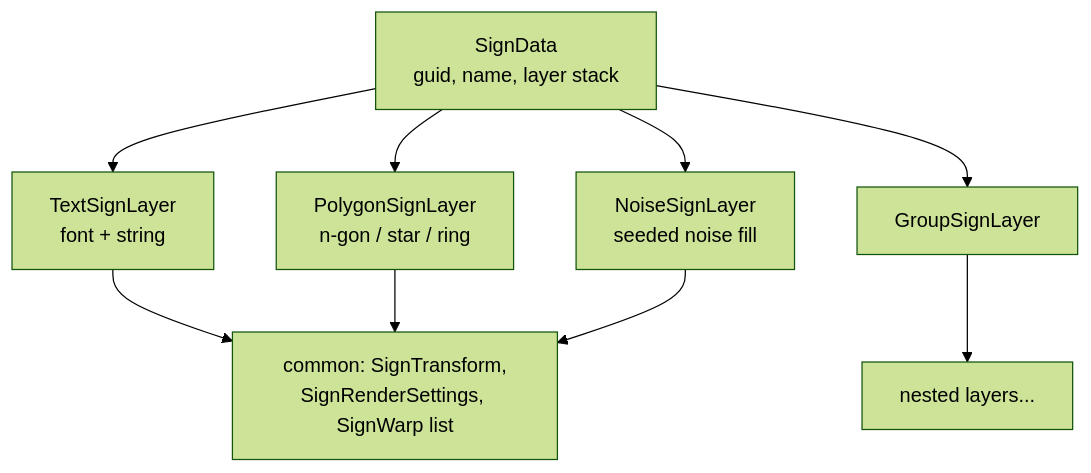
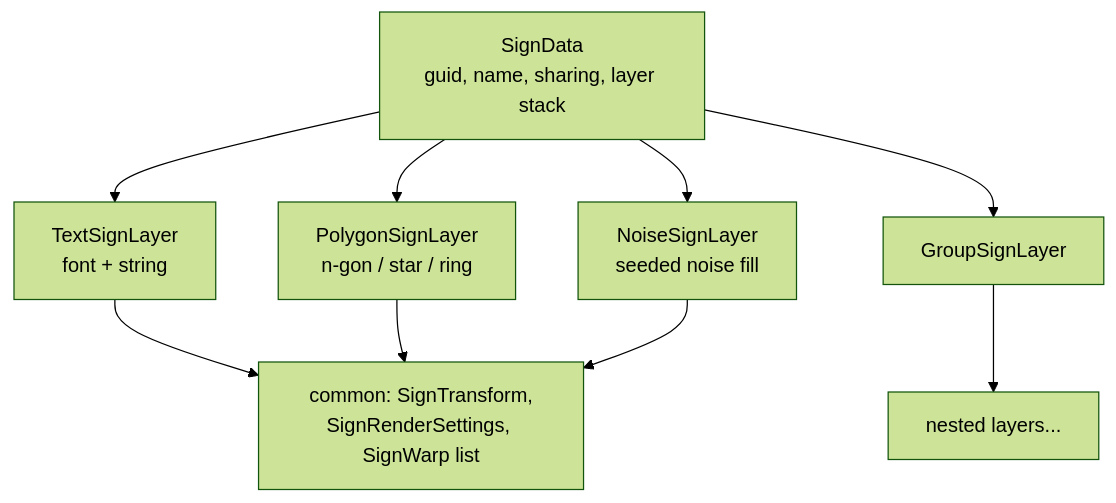
The first of 2 diagrams in docs/gameplay/signs.md (hordeforge/7dtd-engine-research), drawn with Mermaid (forest theme) before and after one commit. The commit also changed other lines of this file and 41 other files, not shown here.

````diff
--- a/docs/gameplay/signs.md
+++ b/docs/gameplay/signs.md
@@ -81,11 +104,11 @@
 ```mermaid
 graph TD
-    SD[SignData<br/>guid, name, layer stack] --> L1[TextSignLayer<br/>font + string]
+    SD[SignData<br/>guid, name, sharing, layer stack] --> L1[TextSignLayer<br/>font + string]
     SD --> L2[PolygonSignLayer<br/>n-gon / star / ring]
     SD --> L3[NoiseSignLayer<br/>seeded noise fill]
     SD --> G[GroupSignLayer]
     G --> L4[nested layers...]
     L1 --> C[common: SignTransform,<br/>SignRenderSettings, SignWarp list]
   L2 --> C
   L3 --> C
 ```
````
